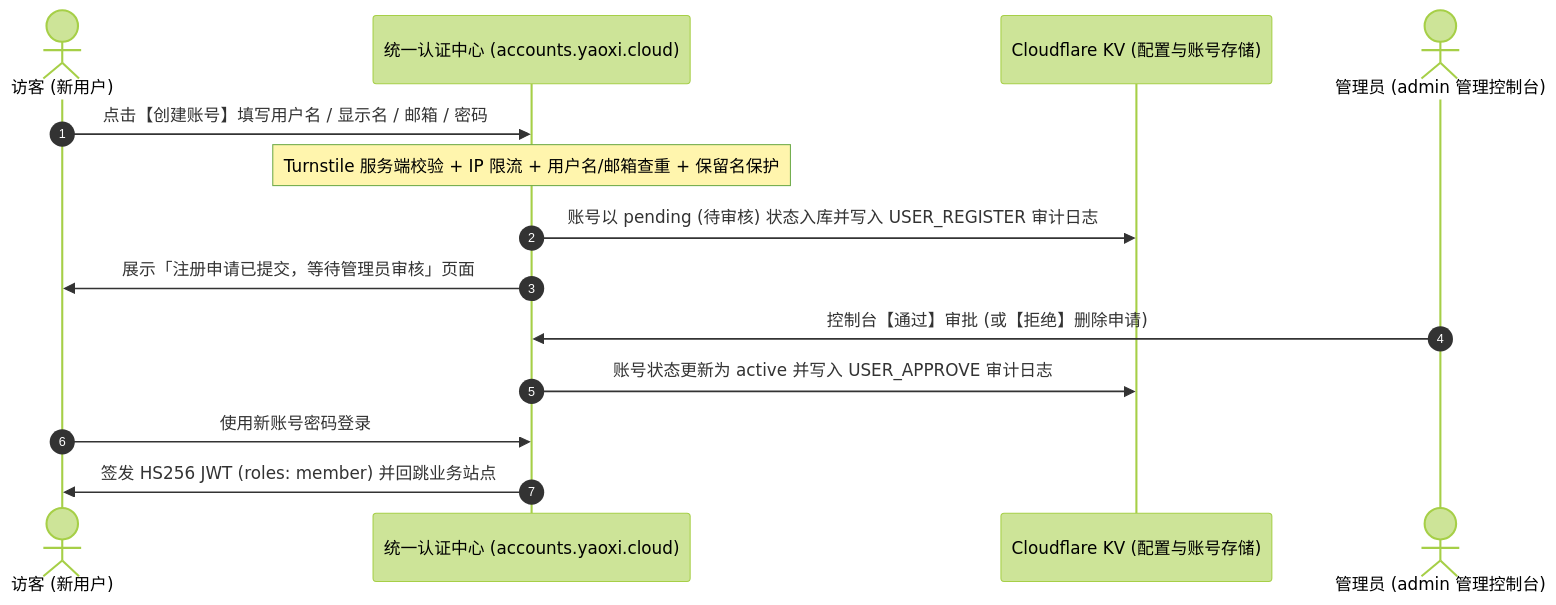
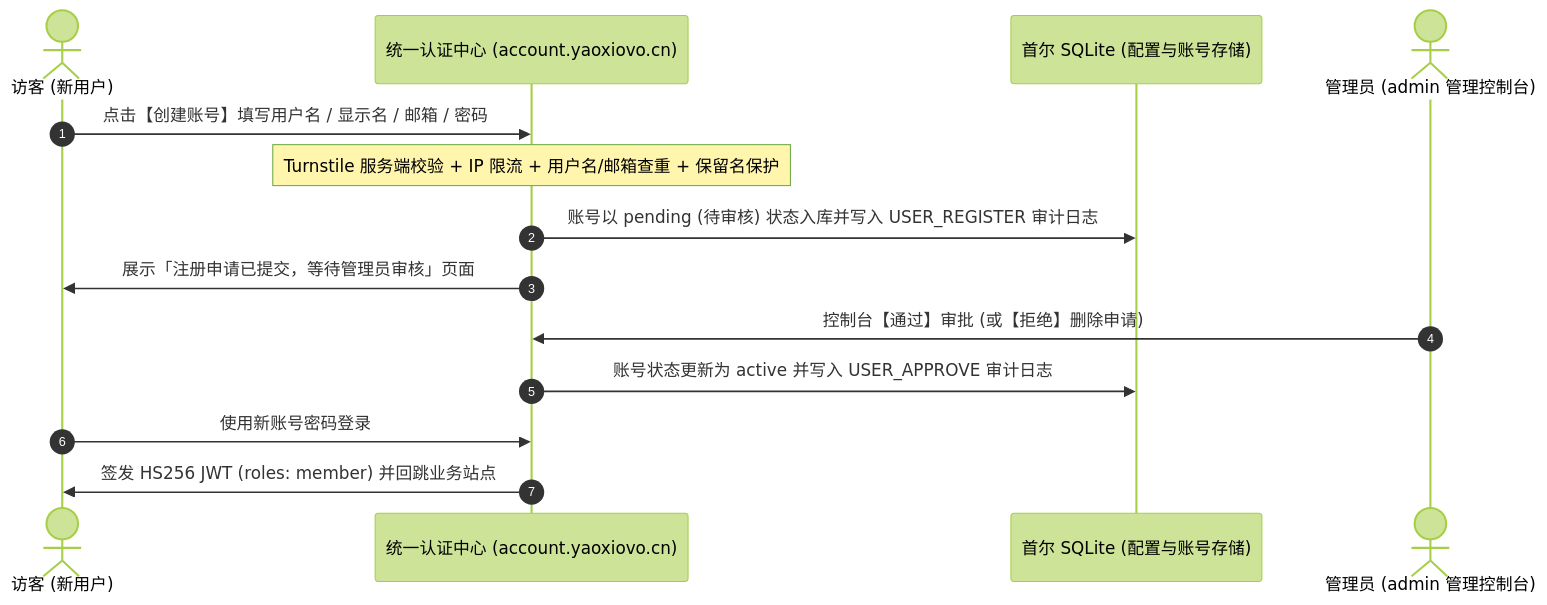
One commit to yaoxiovo/OAuth2.0-yaoxi changed the first of 2 diagrams in README.md. Above: the diagram before and after it, drawn with Mermaid (forest theme). The commit also changed other lines of this file and 25 other files, not shown here.

````diff
--- a/README.md
+++ b/README.md
@@ -70,17 +68,17 @@
 ```mermaid
 sequenceDiagram
     autonumber
     actor Guest as 访客 (新用户)
-    participant SSO as 统一认证中心 (accounts.yaoxi.cloud)
-    participant KV as Cloudflare KV (配置与账号存储)
+    participant SSO as 统一认证中心 (account.yaoxiovo.cn)
+    participant KV as 首尔 SQLite (配置与账号存储)
     actor Admin as 管理员 (admin 管理控制台)
 
     Guest->>SSO: 点击【创建账号】填写用户名 / 显示名 / 邮箱 / 密码
     Note over SSO: Turnstile 服务端校验 + IP 限流 + 用户名/邮箱查重 + 保留名保护
     SSO->>KV: 账号以 pending (待审核) 状态入库并写入 USER_REGISTER 审计日志
     SSO->>Guest: 展示「注册申请已提交，等待管理员审核」页面
     Admin->>SSO: 控制台【通过】审批 (或【拒绝】删除申请)
     SSO->>KV: 账号状态更新为 active 并写入 USER_APPROVE 审计日志
     Guest->>SSO: 使用新账号密码登录
     SSO->>Guest: 签发 HS256 JWT (roles: member) 并回跳业务站点
 ```
````
